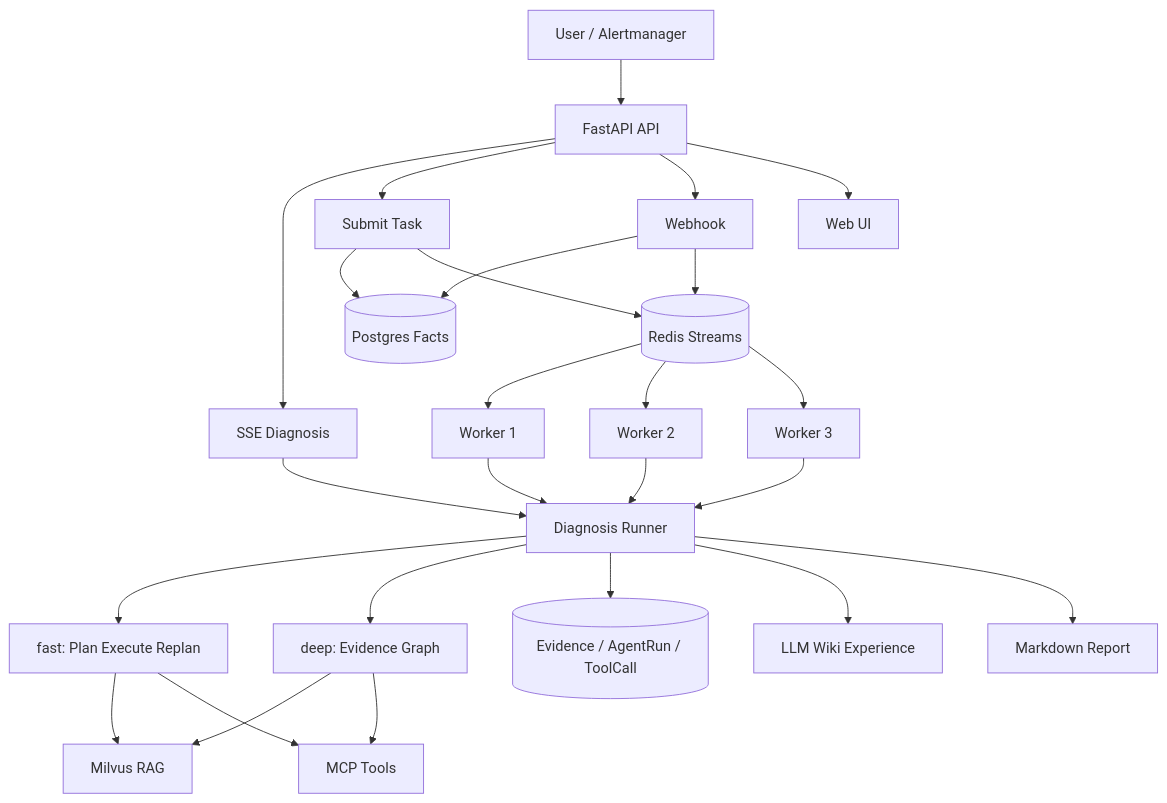
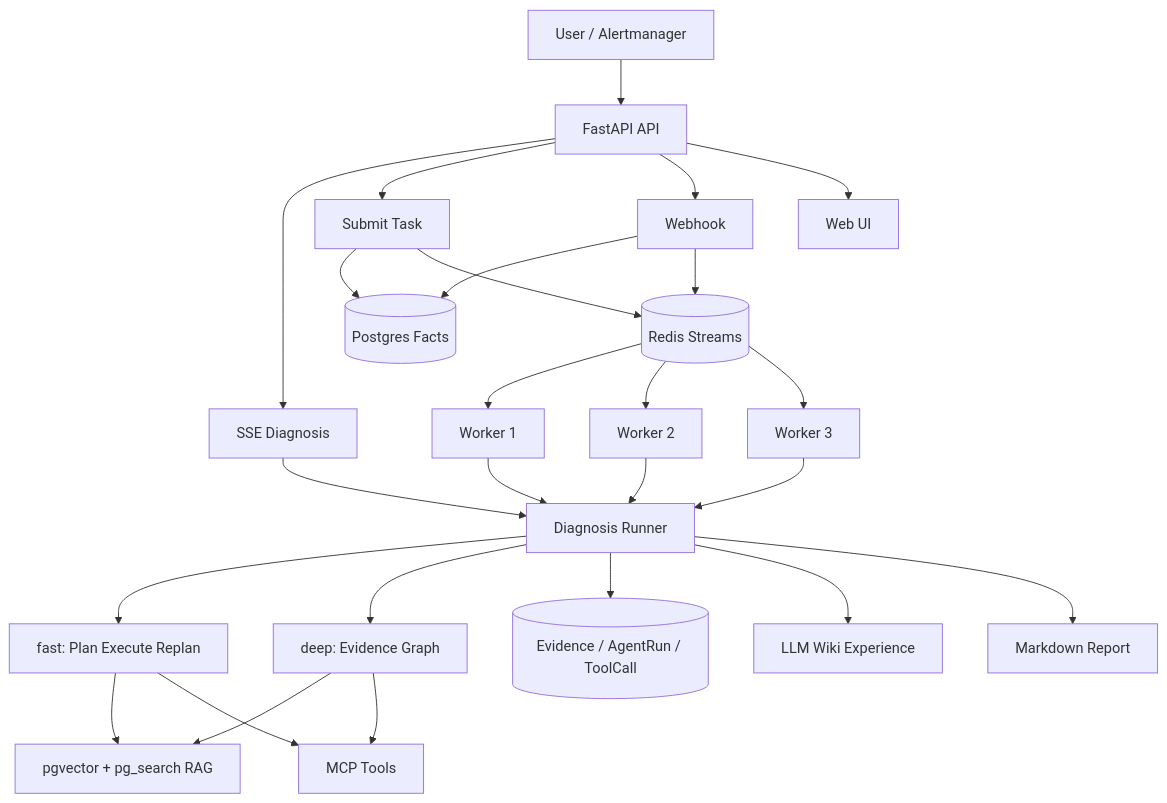
The diagram in README.md (rapporbit/AIOps), drawn with Mermaid before and after one commit. The commit also changed other lines of this file and 6 other files, not shown here.

````diff
--- a/README.md
+++ b/README.md
@@ -108,36 +108,36 @@
 ```mermaid
 flowchart TD
     A[User / Alertmanager] --> B[FastAPI API]
 
     B --> C1[SSE Diagnosis]
     B --> C2[Submit Task]
     B --> C3[Webhook]
 
     C2 --> P[(Postgres Facts)]
     C3 --> P
     C2 --> Q[(Redis Streams)]
     C3 --> Q
 
     Q --> W1[Worker 1]
     Q --> W2[Worker 2]
     Q --> W3[Worker 3]
 
     C1 --> R[Diagnosis Runner]
     W1 --> R
     W2 --> R
     W3 --> R
 
     R --> F[fast: Plan Execute Replan]
     R --> D[deep: Evidence Graph]
 
-    F --> K[Milvus RAG]
+    F --> K[pgvector + pg_search RAG]
     D --> K
     F --> M[MCP Tools]
     D --> M
 
     R --> E[(Evidence / AgentRun / ToolCall)]
     R --> G[LLM Wiki Experience]
     R --> O[Markdown Report]
 
     B --> UI[Web UI]
 ```
````
